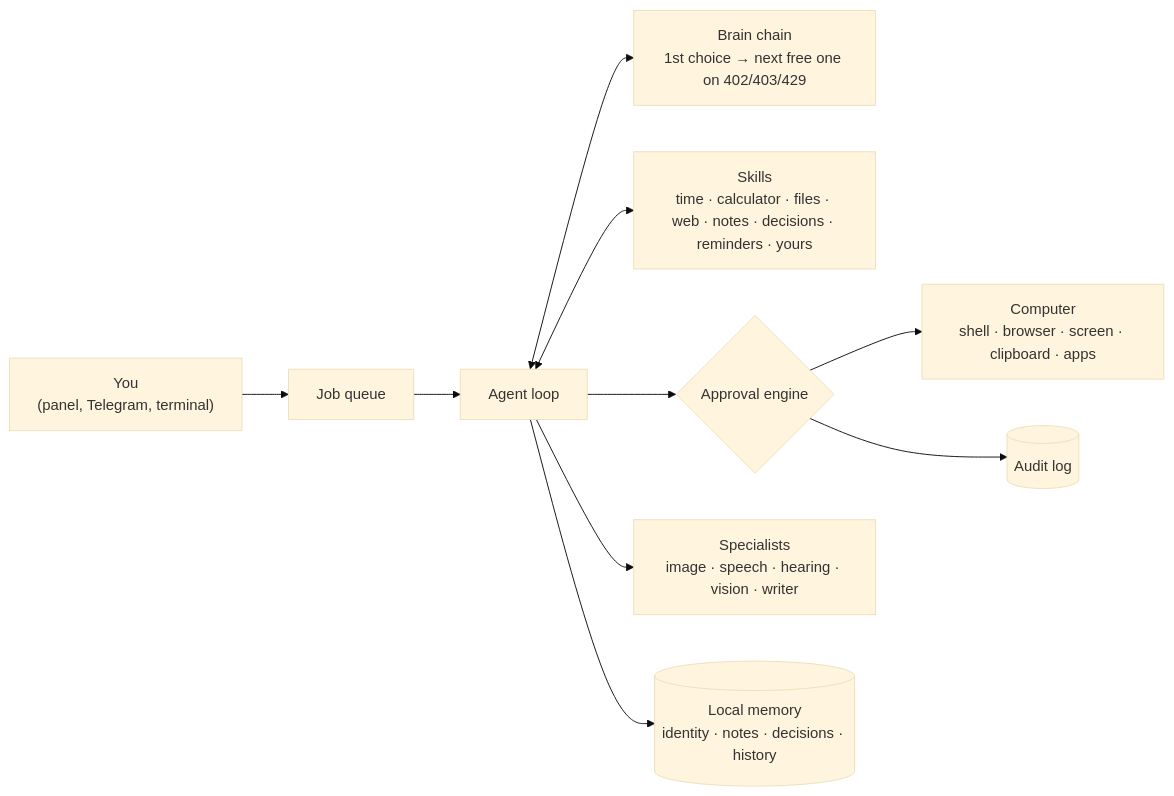
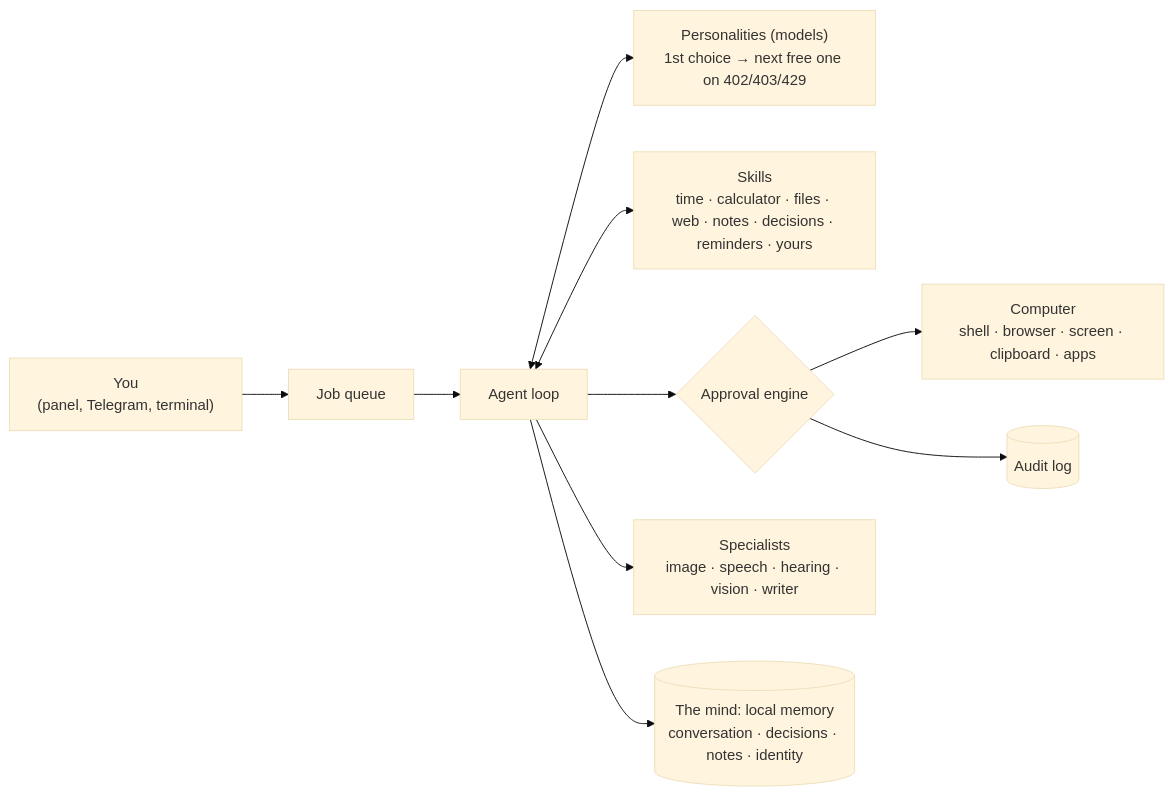
Before and after one commit to wansJaxell/pocket-agent: the diagram in README.md, drawn with Mermaid (base theme). The commit also changed other lines of this file and 1 other file, not shown here.

First line of the commit message:
README: one mind, many personalities

````diff
--- a/README.md
+++ b/README.md
@@ -36,10 +60,10 @@
 ```mermaid
 flowchart LR
     U["You<br/>(panel, Telegram, terminal)"] --> J[Job queue] --> A[Agent loop]
-    A <--> R["Brain chain<br/>1st choice → next free one on 402/403/429"]
+    A <--> R["Personalities (models)<br/>1st choice → next free one on 402/403/429"]
     A <--> S["Skills<br/>time · calculator · files · web · notes · decisions · reminders · yours"]
     A --> G{"Approval engine"} --> O["Computer<br/>shell · browser · screen · clipboard · apps"]
     A --> X["Specialists<br/>image · speech · hearing · vision · writer"]
-    A --> M[("Local memory<br/>identity · notes · decisions · history")]
+    A --> M[("The mind: local memory<br/>conversation · decisions · notes · identity")]
     G --> L[("Audit log")]
 ```
````
